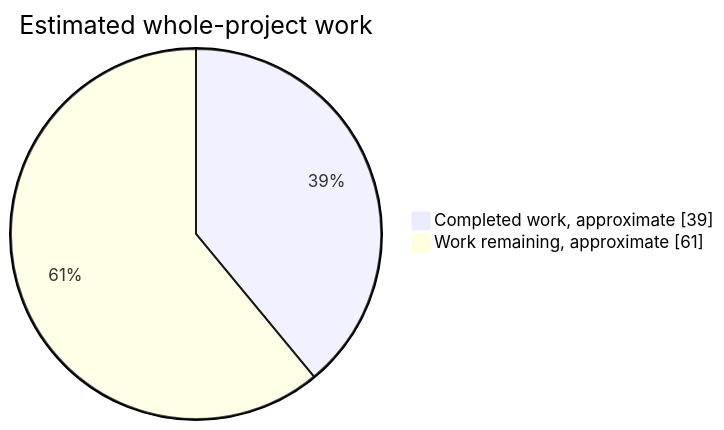
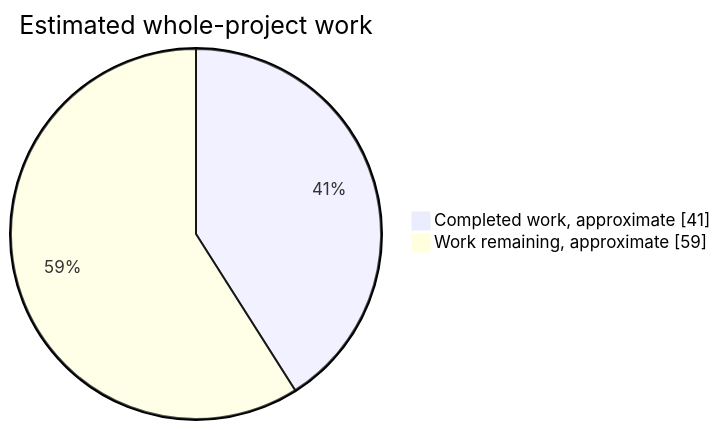
One commit to NachtRaveVL/stuntracefx changed the first of 2 diagrams in readme.md. Above: the diagram before and after it, drawn with Mermaid. The commit also changed other lines of this file and 19 other files, not shown here.

````diff
--- a/readme.md
+++ b/readme.md
@@ -56,6 +56,6 @@
 ```mermaid
 pie showData
     title Estimated whole-project work
-    "Completed work, approximate" : 39
-    "Work remaining, approximate" : 61
+    "Completed work, approximate" : 41
+    "Work remaining, approximate" : 59
 ```
````
